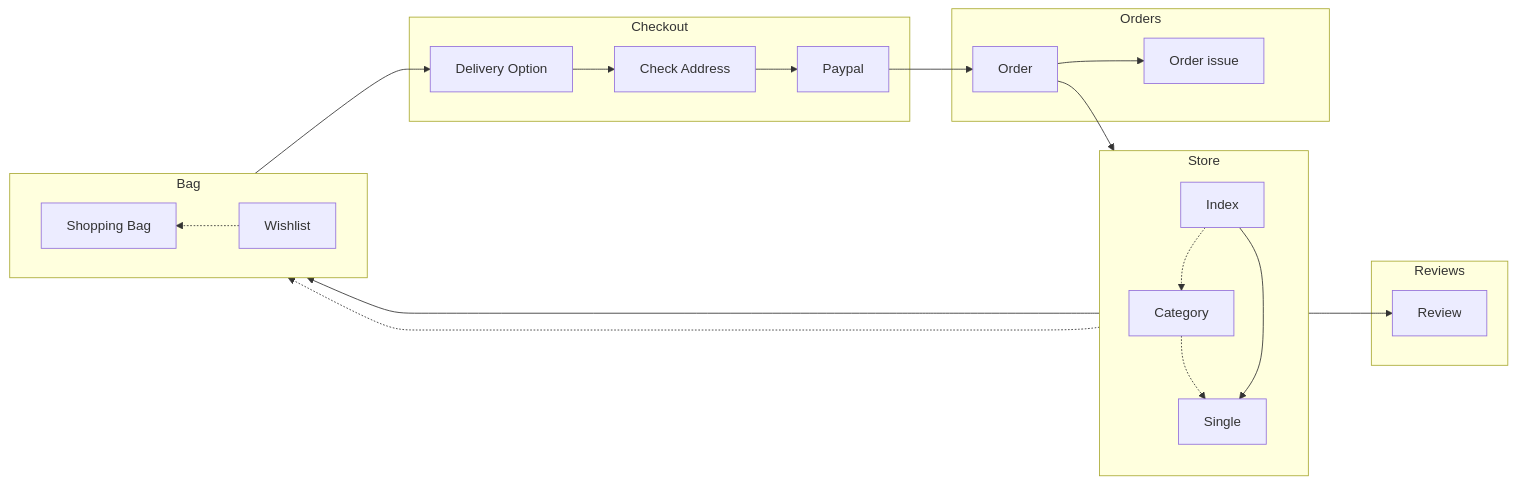
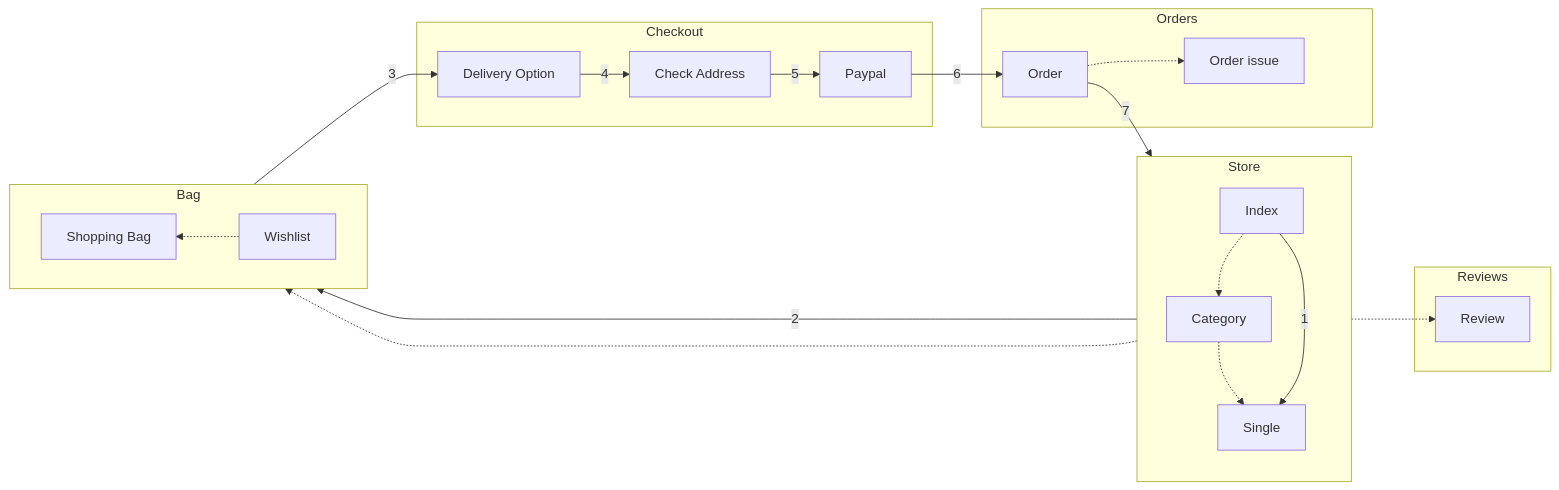
One commit to stevetsaoch/Ecommerce changed the first of 4 diagrams in README.md. Above: the diagram before and after it, drawn with Mermaid. The commit also changed other lines of this file, not shown here.

````diff
--- a/README.md
+++ b/README.md
@@ -25,28 +25,28 @@
 ```mermaid
 flowchart LR
     subgraph Store[Store]
         direction TB
         I[Index] -.-> C[Category]
         C -.-> S
-        I --> S[Single]
+        I --1--> S[Single]
     end
     subgraph Bag
         direction RL
-        S --> B[Shopping Bag]
+        S --2--> B[Shopping Bag]
         S -.-> W[Wishlist] 
         W -.-> B
     end
 
     subgraph Checkout
-        B --> DS[Delivery Option]
-        DS --> CA[Check Address]
-        CA --> P[Paypal]
+        B --3--> DS[Delivery Option]
+        DS --4--> CA[Check Address]
+        CA --5--> P[Paypal]
     end
     subgraph Orders
-        P --> O[Order]
-        O --> OI[Order issue]
+        P --6--> O[Order]
+        O -.-> OI[Order issue]
     end
     subgraph Reviews
-        O --> S --> R[Review]
+        O --7--> S -.-> R[Review]
     end    
 ```
````
